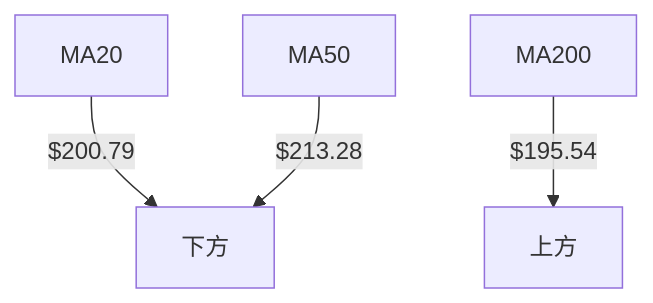
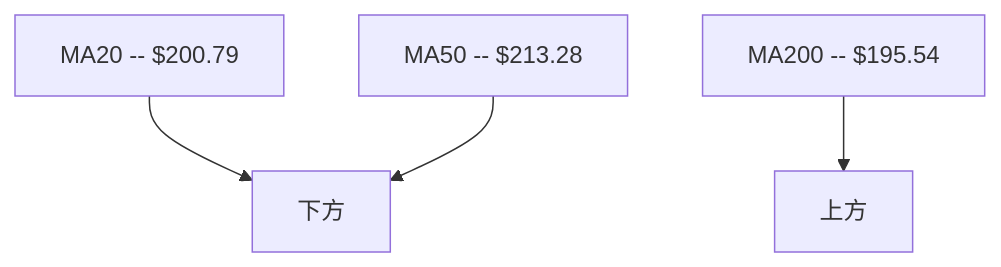
One commit to yennanliu/finance_data changed the sixth of 11 diagrams in ai_gen_report/stock/amd/technical_analysis_2026-03-31_openai.md. Above: the diagram before and after it, drawn with Mermaid. The commit also changed other lines of this file and 2258 other files, not shown here.

First line of the commit message:
chore: backfill Mermaid syntax repair across existing reports

````diff
--- a/ai_gen_report/stock/amd/technical_analysis_2026-03-31_openai.md
+++ b/ai_gen_report/stock/amd/technical_analysis_2026-03-31_openai.md
@@ -225,6 +225,6 @@
 ```mermaid
 graph TD
-    MA20 -- $200.79 --> 下方
-    MA50 -- $213.28 --> 下方
-    MA200 -- $195.54 --> 上方
+    nb1["MA20 -- $200.79"] --> 下方
+    nb2["MA50 -- $213.28"] --> 下方
+    nb3["MA200 -- $195.54"] --> 上方
 ```
````
